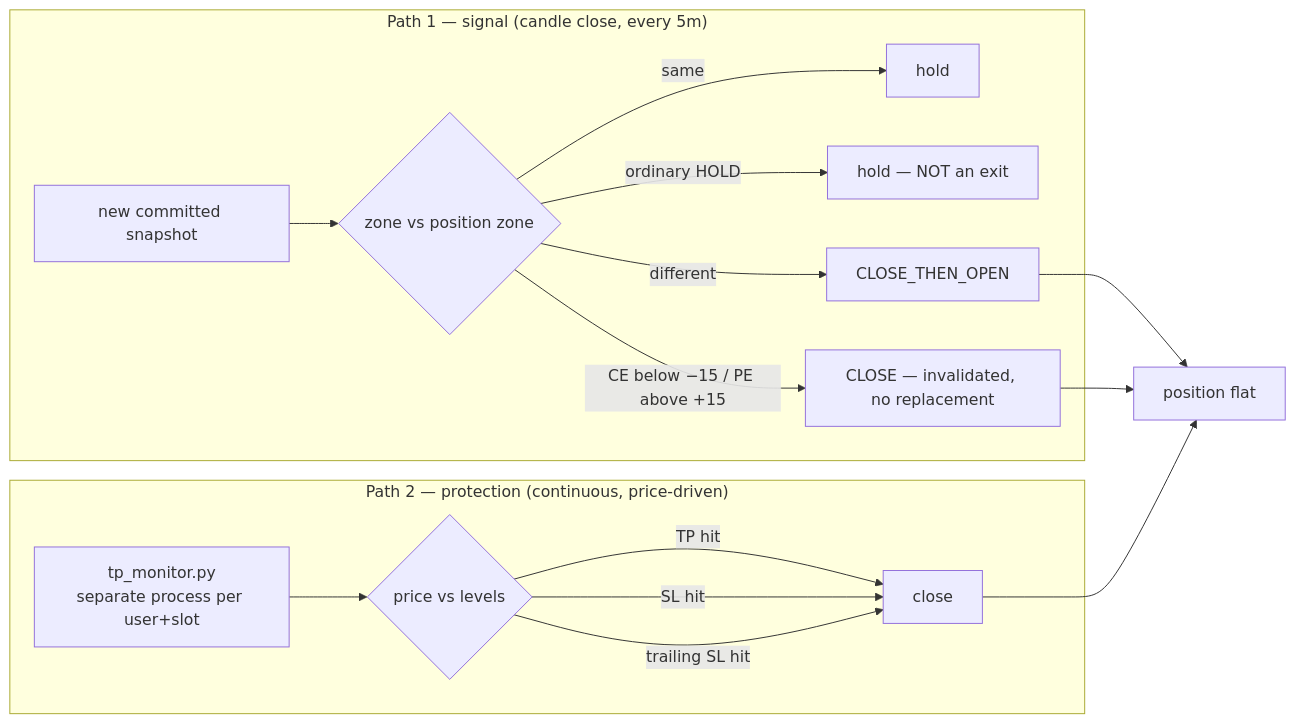
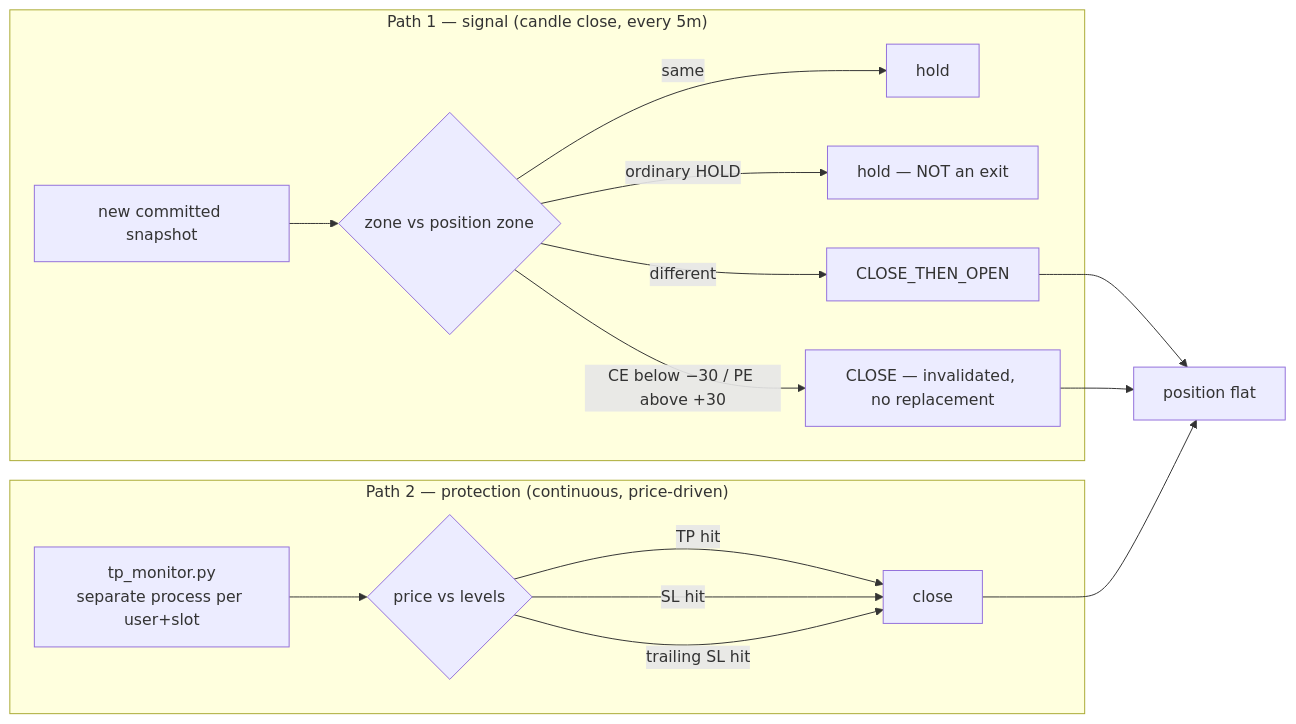
Before and after one commit to kavinagaran/Delta.Exchange.Mathi: the second of 2 diagrams in docs/trade-lifecycle-flow.md, drawn with Mermaid. The commit also changed other lines of this file and 42 other files, not shown here.

````diff
--- a/docs/trade-lifecycle-flow.md
+++ b/docs/trade-lifecycle-flow.md
@@ -59,21 +59,21 @@
 ```mermaid
 flowchart LR
     subgraph SIG["Path 1 — signal (candle close, every 5m)"]
       A1["new committed snapshot"] --> A2{"zone vs position zone"}
       A2 -->|same| A3["hold"]
       A2 -->|"ordinary HOLD"| A4["hold — NOT an exit"]
-      A2 -->|"CE below −15 / PE above +15"| A6["CLOSE — invalidated, no replacement"]
+      A2 -->|"CE below −30 / PE above +30"| A6["CLOSE — invalidated, no replacement"]
       A2 -->|different| A5["CLOSE_THEN_OPEN"]
     end
 
     subgraph PROT["Path 2 — protection (continuous, price-driven)"]
       B1["tp_monitor.py<br/>separate process per user+slot"] --> B2{"price vs levels"}
       B2 -->|"TP hit"| B3["close"]
       B2 -->|"SL hit"| B3
       B2 -->|"trailing SL hit"| B3
     end
 
     A5 --> C1["position flat"]
     A6 --> C1
     B3 --> C1
 ```
````
